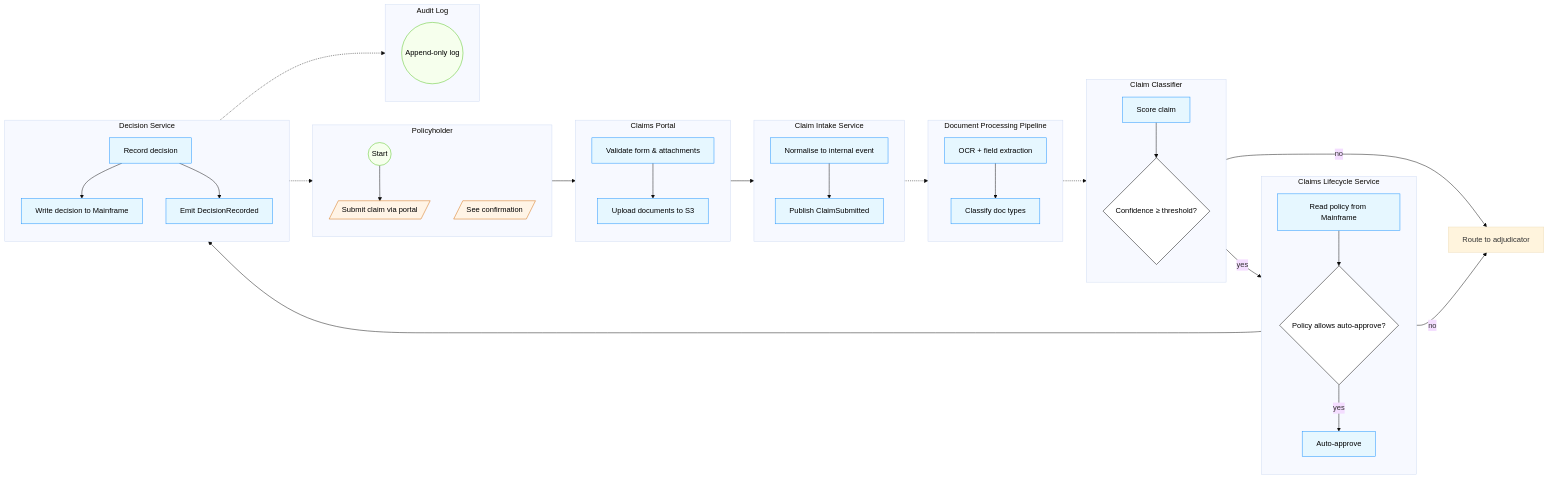
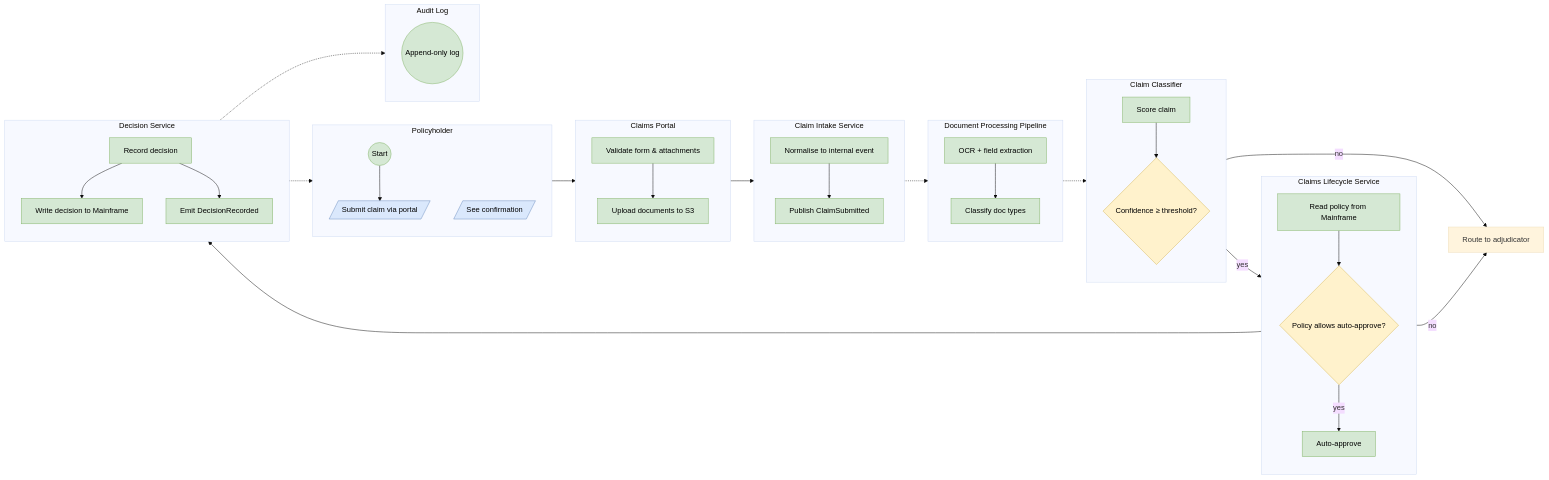
Before and after one commit to MarieLynneBlock/arcanum-artifex: the first of 4 diagrams in workflows/4plus1-diagrams/skills/4plus1-models/examples/synth-claim/02-process-view.md, drawn with Mermaid (base theme). The commit also changed other lines of this file and 49 other files, not shown here.

````diff
--- a/workflows/4plus1-diagrams/skills/4plus1-models/examples/synth-claim/02-process-view.md
+++ b/workflows/4plus1-diagrams/skills/4plus1-models/examples/synth-claim/02-process-view.md
@@ -47,82 +47,82 @@
 ```mermaid
 flowchart LR
     subgraph Policyholder["Policyholder"]
         direction TB
         p_start((Start))
         p_submit[/Submit claim via portal/]
         p_confirm[/See confirmation/]
     end
 
     subgraph Portal["Claims Portal"]
         direction TB
         port_validate[Validate form & attachments]
         port_upload[Upload documents to S3]
     end
 
     subgraph Intake["Claim Intake Service"]
         direction TB
         intake_normalise[Normalise to internal event]
         intake_publish[Publish ClaimSubmitted]
     end
 
     subgraph DocPipe["Document Processing Pipeline"]
         direction TB
         doc_ocr[OCR + field extraction]
         doc_classify[Classify doc types]
     end
 
     subgraph Classifier["Claim Classifier"]
         direction TB
         cls_score[Score claim]
         cls_gate{Confidence ≥ threshold?}
     end
 
     subgraph Lifecycle["Claims Lifecycle Service"]
         direction TB
         lc_policy[Read policy from Mainframe]
         lc_rule{Policy allows auto-approve?}
         lc_decide[Auto-approve]
     end
 
     subgraph Decision["Decision Service"]
         direction TB
         dec_record[Record decision]
         dec_writeback[Write decision to Mainframe]
         dec_audit[Emit DecisionRecorded]
     end
 
     subgraph Audit["Audit Log"]
         direction TB
         audit_store((Append-only log))
     end
 
     p_start --> p_submit
     p_submit --> port_validate
     port_validate --> port_upload
     port_upload --> intake_normalise
     intake_normalise --> intake_publish
     intake_publish -.-> doc_ocr
     doc_ocr --> doc_classify
     doc_classify -.-> cls_score
     cls_score --> cls_gate
     cls_gate -->|yes| lc_policy
     cls_gate -->|no| review[Route to adjudicator]
     lc_policy --> lc_rule
     lc_rule -->|yes| lc_decide
     lc_rule -->|no| review
     lc_decide --> dec_record
     dec_record --> dec_writeback
     dec_record --> dec_audit
     dec_audit -.-> audit_store
     dec_record -.-> p_confirm
 
-    classDef userTask fill:#fff4e6,stroke:#d46b08,color:#000
-    classDef serviceTask fill:#e6f7ff,stroke:#1890ff,color:#000
-    classDef gateway fill:#ffffff,stroke:#000,color:#000
-    classDef event fill:#f6ffed,stroke:#52c41a,color:#000
+    classDef userTask fill:#dae8fc,stroke:#6c8ebf,color:#000
+    classDef serviceTask fill:#d5e8d4,stroke:#82b366,color:#000
+    classDef gateway fill:#fff2cc,stroke:#d6b656,color:#000
+    classDef event fill:#d5e8d4,stroke:#82b366,color:#000
 
     class p_submit,p_confirm userTask
     class port_validate,port_upload,intake_normalise,intake_publish,doc_ocr,doc_classify,cls_score,lc_policy,lc_decide,dec_record,dec_writeback,dec_audit serviceTask
     class cls_gate,lc_rule gateway
     class p_start,audit_store event
 ```
````
